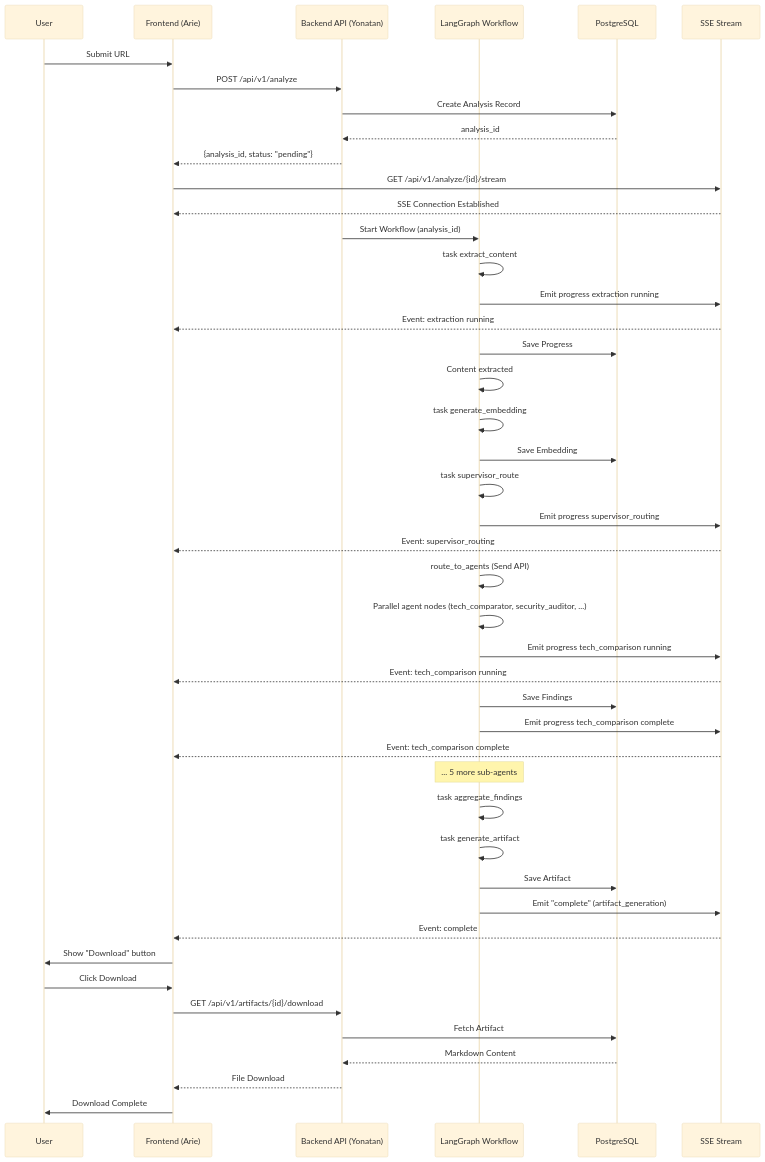
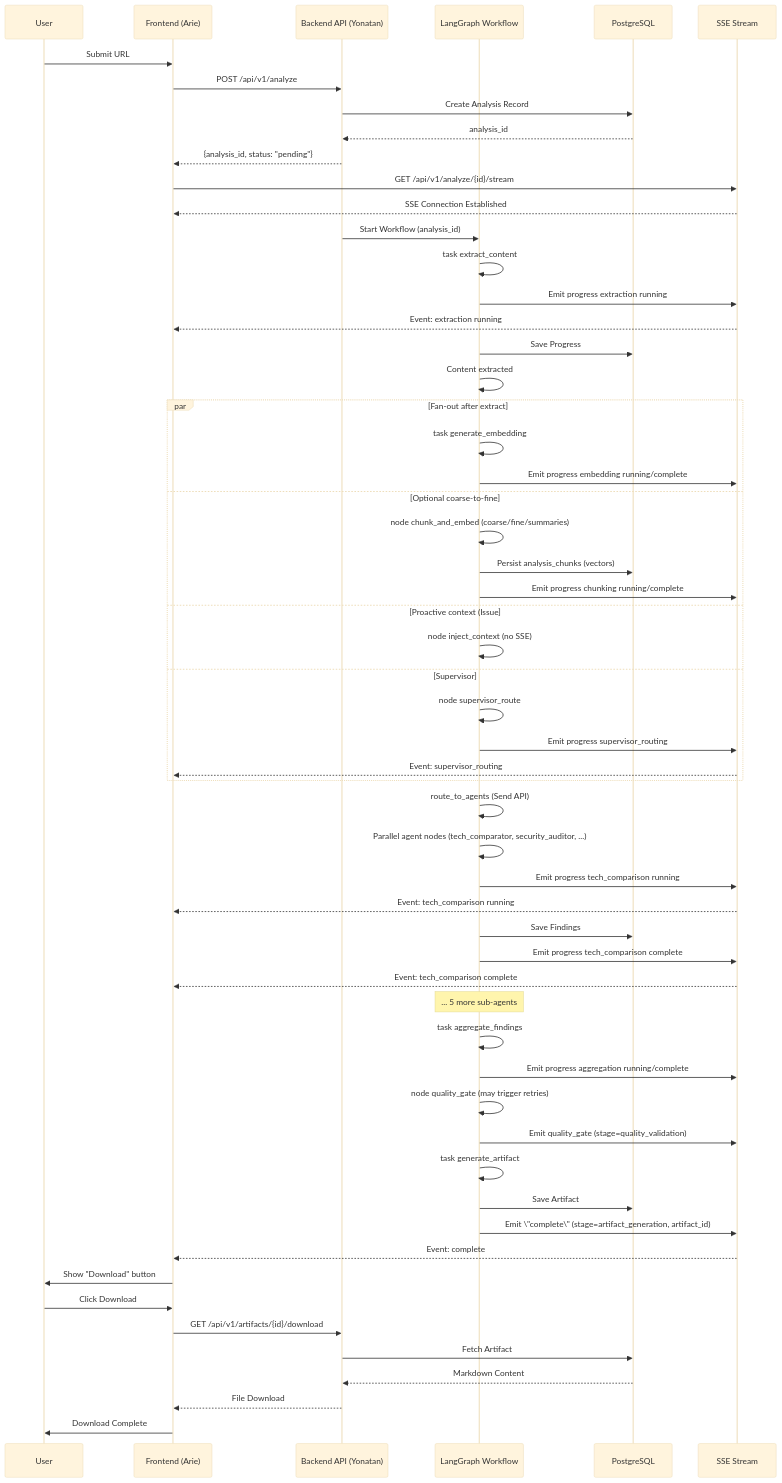
Before and after one commit to ArieGoldkin/SkillForge: the fourth of 11 diagrams in docs/ARCHITECTURE.md, drawn with Mermaid (base theme). The commit also changed other lines of this file and 12 other files, not shown here.

First line of the commit message:
fix(docs): align architecture diagrams with current flows

````diff
--- a/docs/ARCHITECTURE.md
+++ b/docs/ARCHITECTURE.md
@@ -379,57 +392,68 @@
 ```mermaid
 sequenceDiagram
     participant U as User
     participant F as Frontend (Arie)
     participant B as Backend API (Yonatan)
     participant W as LangGraph Workflow
     participant DB as PostgreSQL
     participant SSE as SSE Stream
     
     U->>F: Submit URL
     F->>B: POST /api/v1/analyze
     B->>DB: Create Analysis Record
     DB-->>B: analysis_id
     B-->>F: {analysis_id, status: "pending"}
     
     F->>SSE: GET /api/v1/analyze/{id}/stream
     SSE-->>F: SSE Connection Established
     
     B->>W: Start Workflow (analysis_id)
     
     W->>W: task extract_content
     W->>SSE: Emit progress extraction running
     SSE-->>F: Event: extraction running
     W->>DB: Save Progress
     W->>W: Content extracted
     
-    W->>W: task generate_embedding
-    W->>DB: Save Embedding
-    
-    W->>W: task supervisor_route
-    W->>SSE: Emit progress supervisor_routing
-    SSE-->>F: Event: supervisor_routing
+    par Fan-out after extract
+        W->>W: task generate_embedding
+        W->>SSE: Emit progress embedding running/complete
+    and Optional coarse-to-fine
+        W->>W: node chunk_and_embed (coarse/fine/summaries)
+        W->>DB: Persist analysis_chunks (vectors)
+        W->>SSE: Emit progress chunking running/complete
+    and Proactive context (Issue #300)
+        W->>W: node inject_context (no SSE)
+    and Supervisor
+        W->>W: node supervisor_route
+        W->>SSE: Emit progress supervisor_routing
+        SSE-->>F: Event: supervisor_routing
+    end
     
     W->>W: route_to_agents (Send API)
     W->>W: Parallel agent nodes (tech_comparator, security_auditor, ...)
     W->>SSE: Emit progress tech_comparison running
     SSE-->>F: Event: tech_comparison running
     W->>DB: Save Findings
     W->>SSE: Emit progress tech_comparison complete
     SSE-->>F: Event: tech_comparison complete
     
     Note over W: ... 5 more sub-agents
     
     W->>W: task aggregate_findings
+    W->>SSE: Emit progress aggregation running/complete
+    W->>W: node quality_gate (may trigger retries)
+    W->>SSE: Emit quality_gate (stage=quality_validation)
     W->>W: task generate_artifact
     W->>DB: Save Artifact
-    W->>SSE: Emit "complete" (artifact_generation)
+    W->>SSE: Emit \"complete\" (stage=artifact_generation, artifact_id)
     SSE-->>F: Event: complete
     F->>U: Show "Download" button
     
     U->>F: Click Download
     F->>B: GET /api/v1/artifacts/{id}/download
     B->>DB: Fetch Artifact
     DB-->>B: Markdown Content
     B-->>F: File Download
     F->>U: Download Complete
 ```
````
